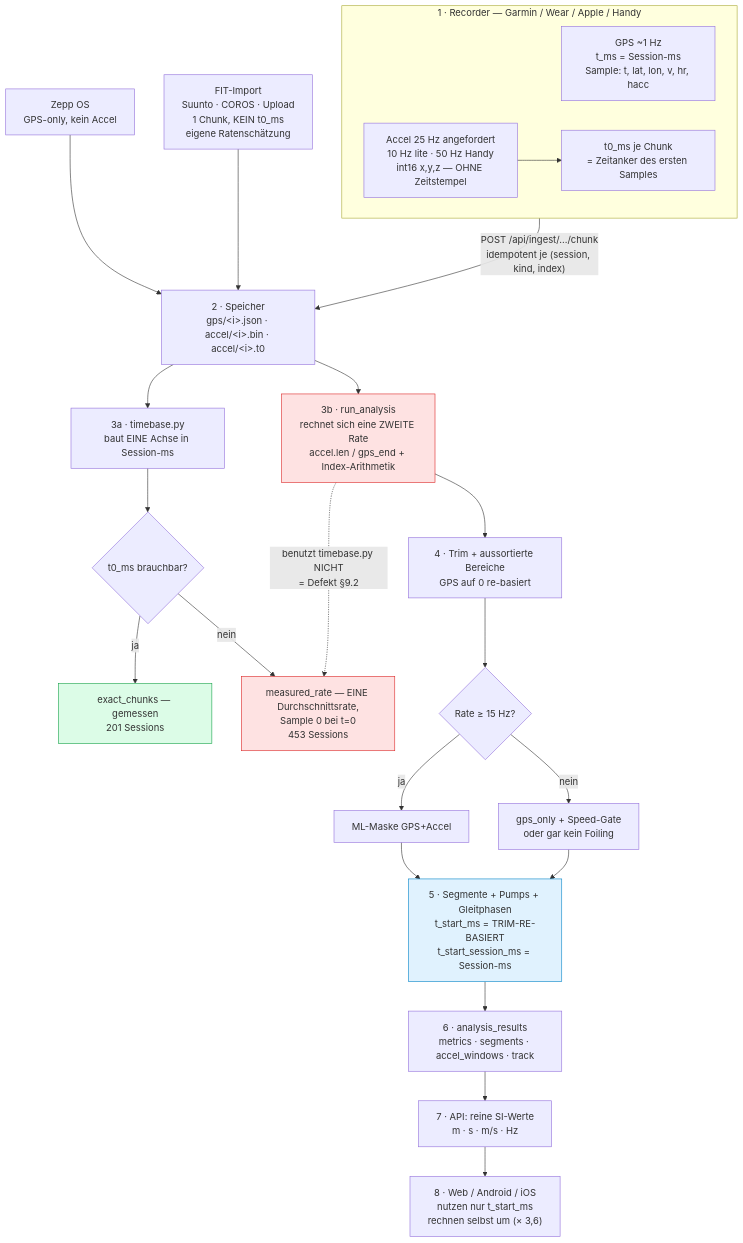
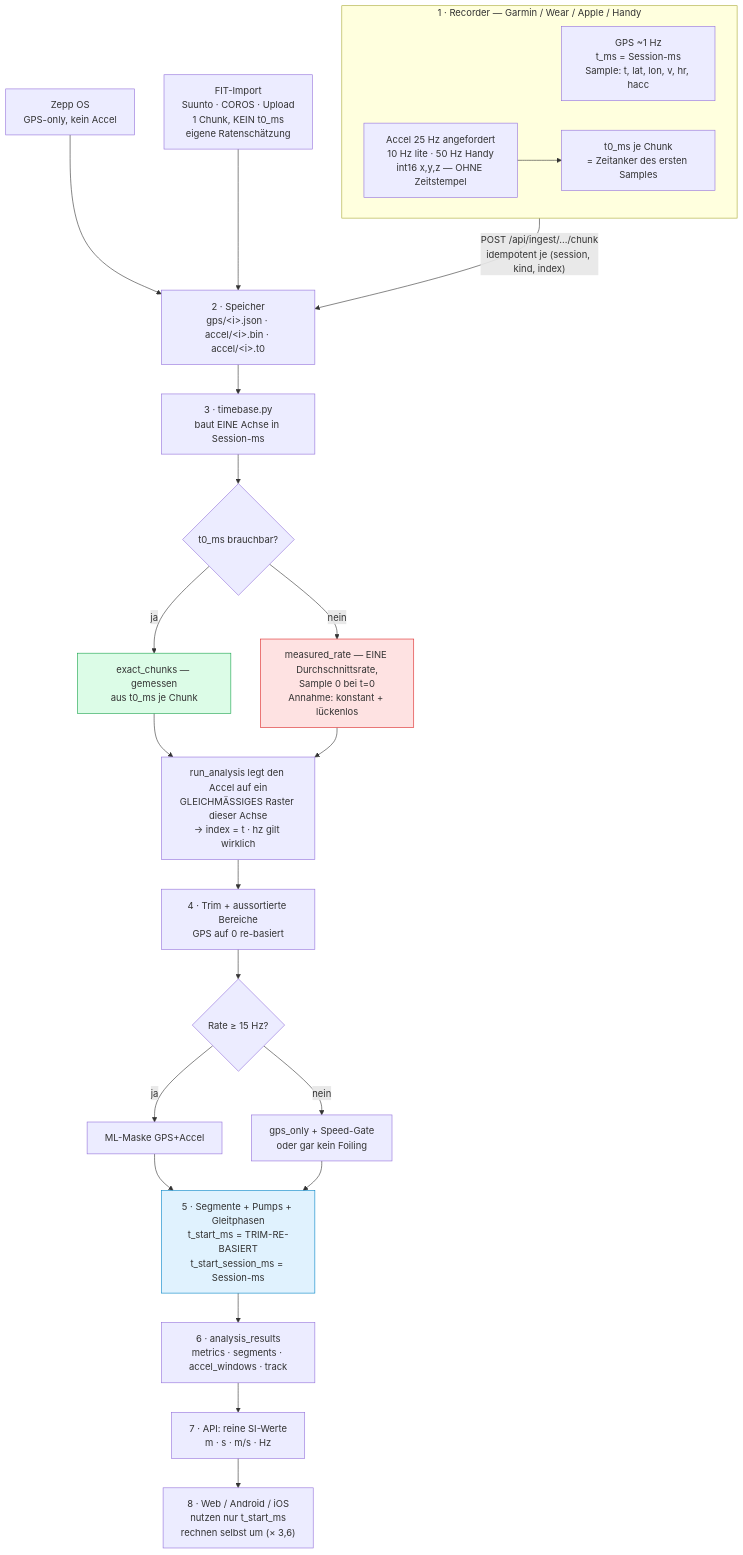
The diagram in docs/DATA-PIPELINE.md (kechel/pumpfoil), drawn with Mermaid before and after one commit. The commit also changed other lines of this file, not shown here.

First line of the commit message:
doku: Diagramm + §9-Bilanz auf den behobenen Stand

````diff
--- a/docs/DATA-PIPELINE.md
+++ b/docs/DATA-PIPELINE.md
@@ -29,41 +30,41 @@
 ```mermaid
 flowchart TD
     subgraph REC["1 · Recorder — Garmin / Wear / Apple / Handy"]
         GPS["GPS ~1 Hz<br/>t_ms = Session-ms<br/>Sample: t, lat, lon, v, hr, hacc"]
         ACC["Accel 25 Hz angefordert<br/>10 Hz lite · 50 Hz Handy<br/>int16 x,y,z — OHNE Zeitstempel"]
         T0["t0_ms je Chunk<br/>= Zeitanker des ersten Samples"]
         ACC --> T0
     end
     ZEPP["Zepp OS<br/>GPS-only, kein Accel"]
     FIT["FIT-Import<br/>Suunto · COROS · Upload<br/>1 Chunk, KEIN t0_ms<br/>eigene Ratenschätzung"]
 
     REC -->|"POST /api/ingest/.../chunk<br/>idempotent je (session, kind, index)"| ST
     ZEPP --> ST
     FIT --> ST
     ST["2 · Speicher<br/>gps/&lt;i&gt;.json · accel/&lt;i&gt;.bin · accel/&lt;i&gt;.t0"]
 
-    ST --> TB["3a · timebase.py<br/>baut EINE Achse in Session-ms"]
+    ST --> TB["3 · timebase.py<br/>baut EINE Achse in Session-ms"]
     TB --> EX{"t0_ms brauchbar?"}
-    EX -->|ja| EXACT["exact_chunks — gemessen<br/>201 Sessions"]
-    EX -->|nein| MEAS["measured_rate — EINE Durchschnittsrate,<br/>Sample 0 bei t=0<br/>453 Sessions"]
+    EX -->|ja| EXACT["exact_chunks — gemessen<br/>aus t0_ms je Chunk"]
+    EX -->|nein| MEAS["measured_rate — EINE Durchschnittsrate,<br/>Sample 0 bei t=0<br/>Annahme: konstant + lückenlos"]
 
-    ST --> RA["3b · run_analysis<br/>rechnet sich eine ZWEITE Rate<br/>accel.len / gps_end + Index-Arithmetik"]
-    RA -.->|"benutzt timebase.py NICHT<br/>= Defekt §9.2"| MEAS
+    EXACT --> RA
+    MEAS --> RA
+    RA["run_analysis legt den Accel auf ein<br/>GLEICHMÄSSIGES Raster dieser Achse<br/>-> index = t · hz gilt wirklich"]
 
     RA --> TRIM["4 · Trim + aussortierte Bereiche<br/>GPS auf 0 re-basiert"]
     TRIM --> GATE{"Rate ≥ 15 Hz?"}
     GATE -->|ja| MODEL["ML-Maske GPS+Accel"]
     GATE -->|nein| GONLY["gps_only + Speed-Gate<br/>oder gar kein Foiling"]
     MODEL --> SEG
     GONLY --> SEG
     SEG["5 · Segmente + Pumps + Gleitphasen<br/>t_start_ms = TRIM-RE-BASIERT<br/>t_start_session_ms = Session-ms"]
 
     SEG --> DB["6 · analysis_results<br/>metrics · segments · accel_windows · track"]
     DB --> API["7 · API: reine SI-Werte<br/>m · s · m/s · Hz"]
     API --> UI["8 · Web / Android / iOS<br/>nutzen nur t_start_ms<br/>rechnen selbst um (× 3,6)"]
 
     style MEAS fill:#fee2e2,stroke:#dc2626
-    style RA fill:#fee2e2,stroke:#dc2626
     style EXACT fill:#dcfce7,stroke:#16a34a
     style SEG fill:#e0f2fe,stroke:#0284c7
 ```
````
